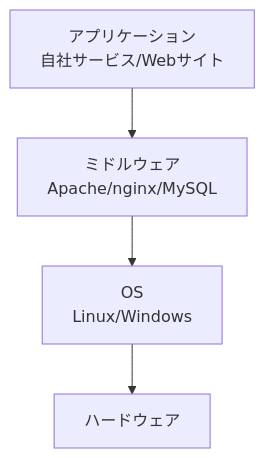
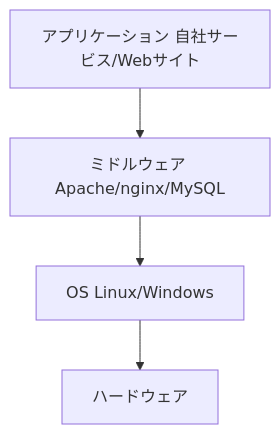
One commit to x86-unix/docs changed the fourth of 20 diagrams in training/basics.md. Above: the diagram before and after it, drawn with Mermaid. The commit also changed other lines of this file, not shown here.

````diff
--- a/training/basics.md
+++ b/training/basics.md
@@ -197,6 +197,6 @@
 ```mermaid
 graph TB
-    App[アプリケーション<br/>自社サービス/Webサイト] --> MW[ミドルウェア<br/>Apache/nginx/MySQL]
-    MW --> OS2[OS<br/>Linux/Windows]
+    App["アプリケーション 自社サービス/Webサイト"] --> MW["ミドルウェア Apache/nginx/MySQL"]
+    MW --> OS2["OS Linux/Windows"]
     OS2 --> HW2[ハードウェア]
 ```
````
